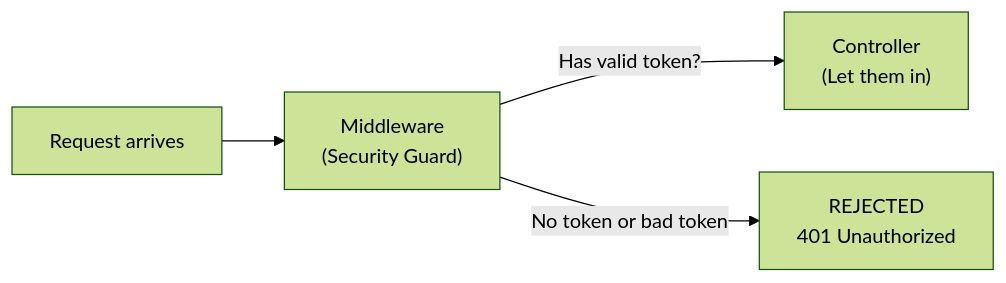
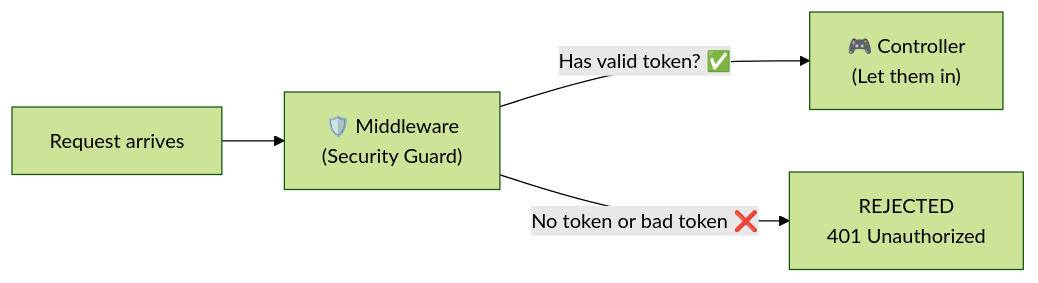
Before and after one commit to Nimsika-Bosilu/designHer_2.0-Student-Attendance-Management-System: diagram 23 of 30 in backend/README.md, drawn with Mermaid (forest theme). The commit also changed other lines of this file, not shown here.

````diff
--- a/backend/README.md
+++ b/backend/README.md
@@ -1123,6 +1153,6 @@
 ```mermaid
 flowchart LR
-    A["Request arrives"] --> B["Middleware\n(Security Guard)"]
-    B -->|"Has valid token?"| C["Controller\n(Let them in)"]
-    B -->|"No token or bad token"| D["REJECTED\n401 Unauthorized"]
+    A["Request arrives"] --> B["🛡️ Middleware\n(Security Guard)"]
+    B -->|"Has valid token? ✅"| C["🎮 Controller\n(Let them in)"]
+    B -->|"No token or bad token ❌"| D["REJECTED\n401 Unauthorized"]
 ```
````
